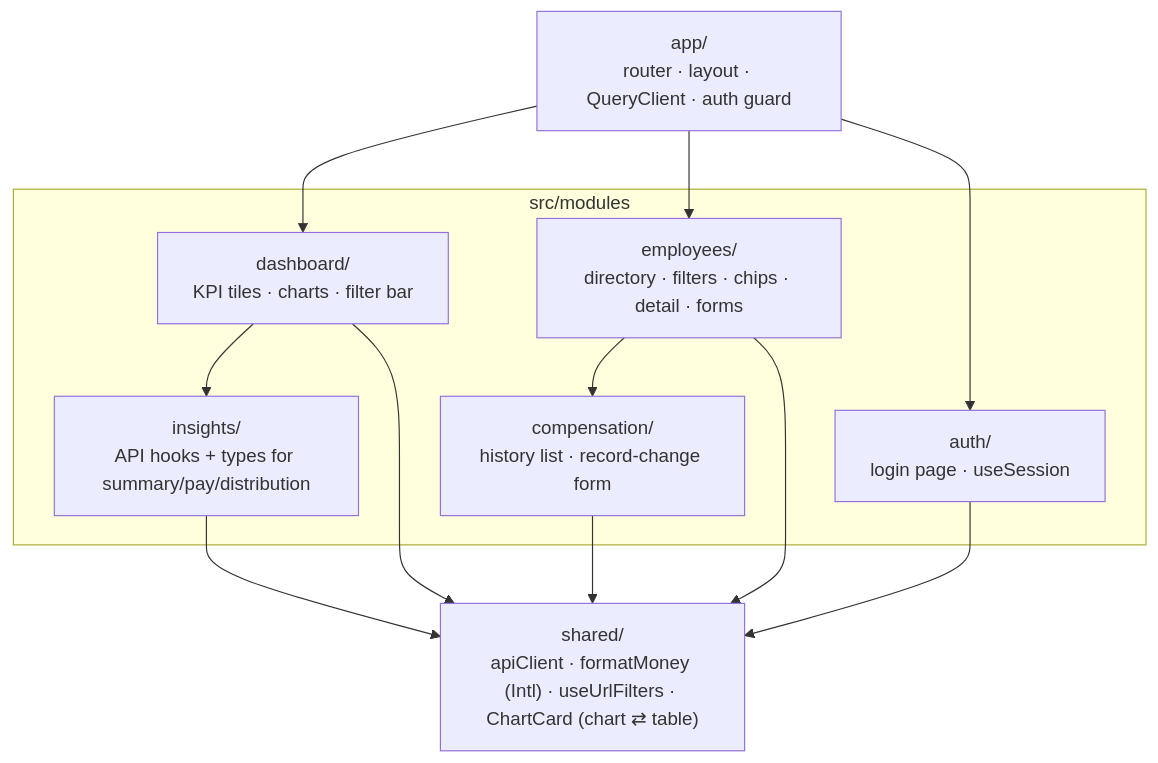
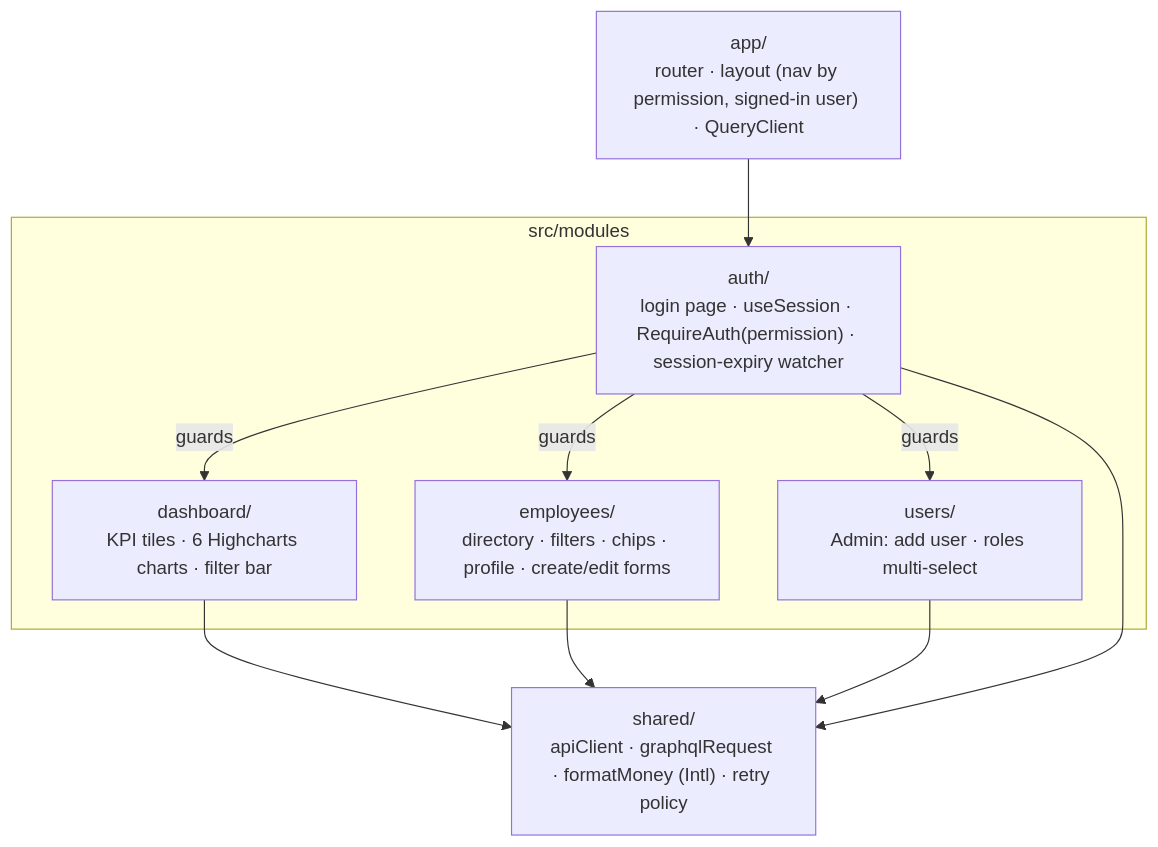
Before and after one commit to sravan44/salary-dashboard: the fourth of 9 diagrams in docs/architecture-diagrams.md, drawn with Mermaid. The commit also changed other lines of this file and 67 other files, not shown here.

First line of the commit message:
M7: sign-in and roles (viewer, HR manager, admin)

````diff
--- a/docs/architecture-diagrams.md
+++ b/docs/architecture-diagrams.md
@@ -81,16 +84,14 @@
 ```mermaid
 flowchart TB
-  APPSHELL["app/<br/>router · layout · QueryClient · auth guard"]
+  APPSHELL["app/<br/>router · layout (nav by permission, signed-in user) · QueryClient"]
   subgraph modules["src/modules"]
-    DASH["dashboard/<br/>KPI tiles · charts · filter bar"]
-    EMP["employees/<br/>directory · filters · chips · detail · forms"]
-    COMP["compensation/<br/>history list · record-change form"]
-    INS["insights/<br/>API hooks + types for summary/pay/distribution"]
-    AUTH["auth/<br/>login page · useSession"]
+    AUTH["auth/<br/>login page · useSession · RequireAuth(permission) · session-expiry watcher"]
+    DASH["dashboard/<br/>KPI tiles · 6 Highcharts charts · filter bar"]
+    EMP["employees/<br/>directory · filters · chips · profile · create/edit forms"]
+    USERS["users/<br/>Admin: add user · roles multi-select"]
   end
-  SHARED["shared/<br/>apiClient · formatMoney (Intl) · useUrlFilters · ChartCard (chart ⇄ table)"]
-  APPSHELL --> DASH & EMP & AUTH
-  DASH --> INS
-  EMP --> COMP
-  DASH & EMP & COMP & INS & AUTH --> SHARED
+  SHARED["shared/<br/>apiClient · graphqlRequest · formatMoney (Intl) · retry policy"]
+  APPSHELL --> AUTH
+  AUTH -->|guards| DASH & EMP & USERS
+  DASH & EMP & USERS & AUTH --> SHARED
 ```
````
